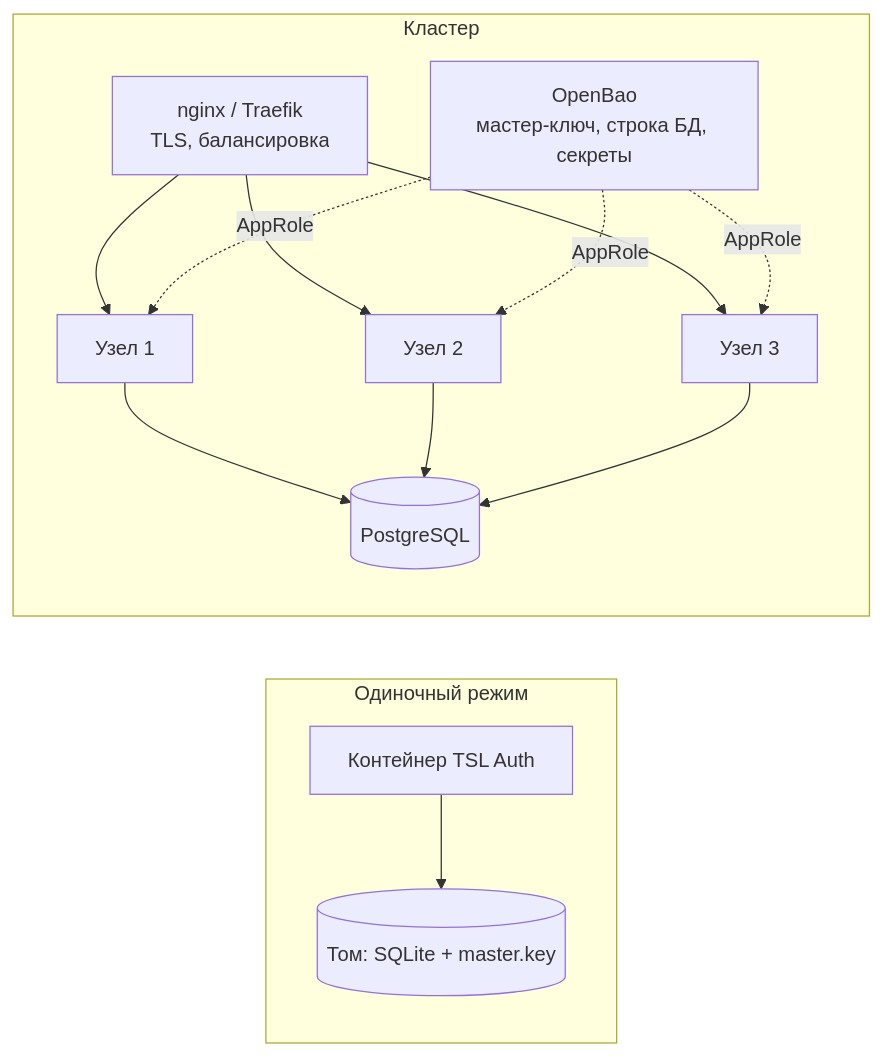
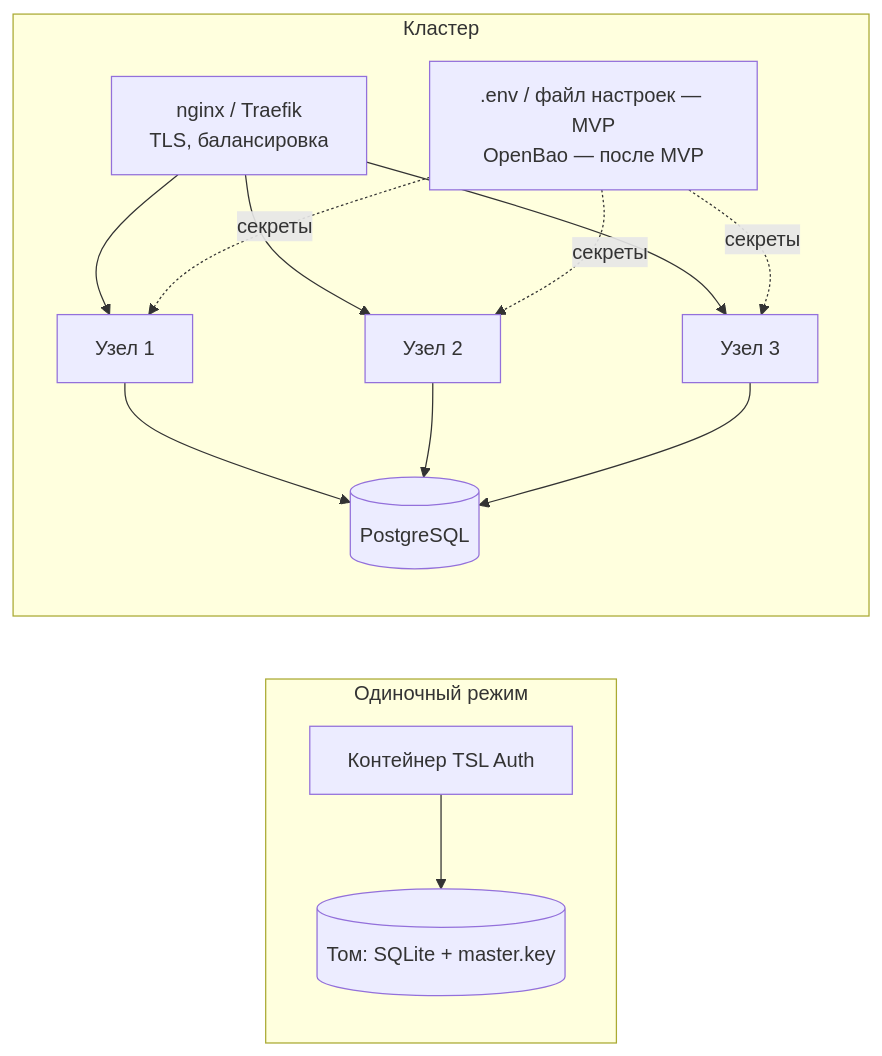
One commit to akprof2000/tsl-auth changed the ninth of 10 diagrams in docs/tz.md. Above: the diagram before and after it, drawn with Mermaid. The commit also changed other lines of this file and 23 other files, not shown here.

First line of the commit message:
MVP: все настройки и секреты — переменными контейнера и файлом настроек; OpenBao необязателен

````diff
--- a/docs/tz.md
+++ b/docs/tz.md
@@ -275,11 +275,11 @@
 ```mermaid
 flowchart LR
     subgraph Одиночный режим
         C1[Контейнер TSL Auth] --> V1[(Том: SQLite + master.key)]
     end
     subgraph Кластер
         LB[nginx / Traefik<br/>TLS, балансировка] --> N1[Узел 1] & N2[Узел 2] & N3[Узел 3]
         N1 & N2 & N3 --> PG[(PostgreSQL)]
-        SEC[OpenBao<br/>мастер-ключ, строка БД, секреты] -. "AppRole" .-> N1 & N2 & N3
+        SEC[.env / файл настроек — MVP<br/>OpenBao — после MVP] -. "секреты" .-> N1 & N2 & N3
     end
 ```
````
